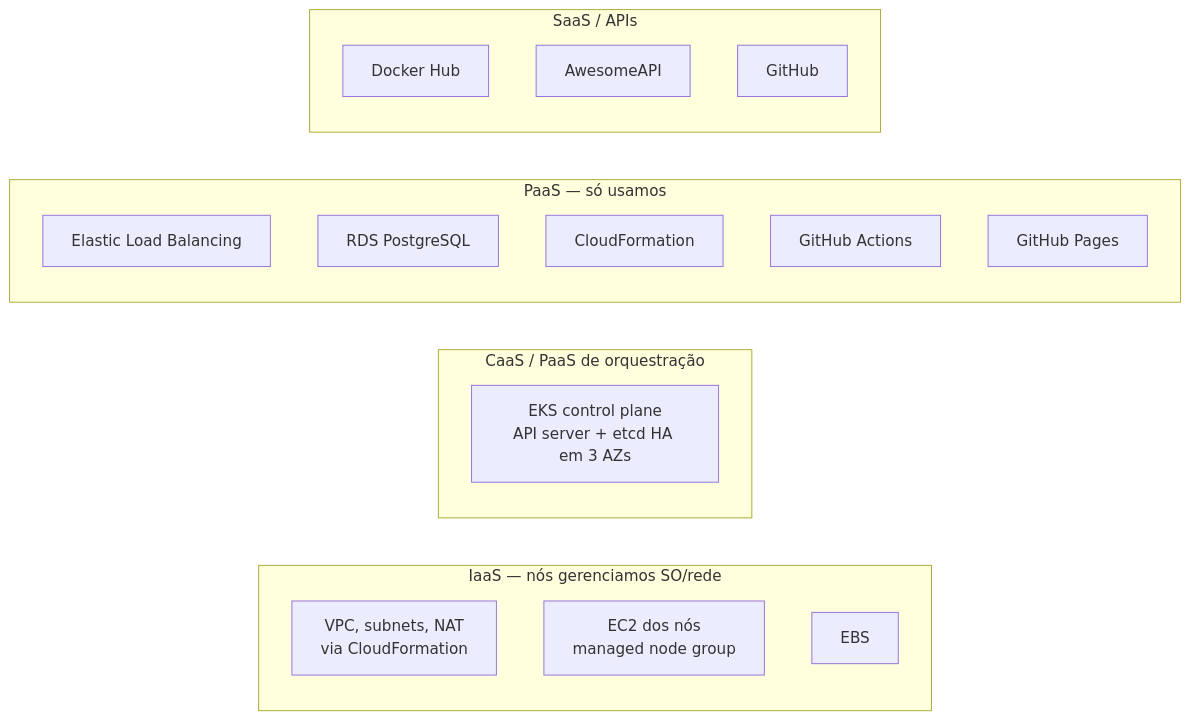
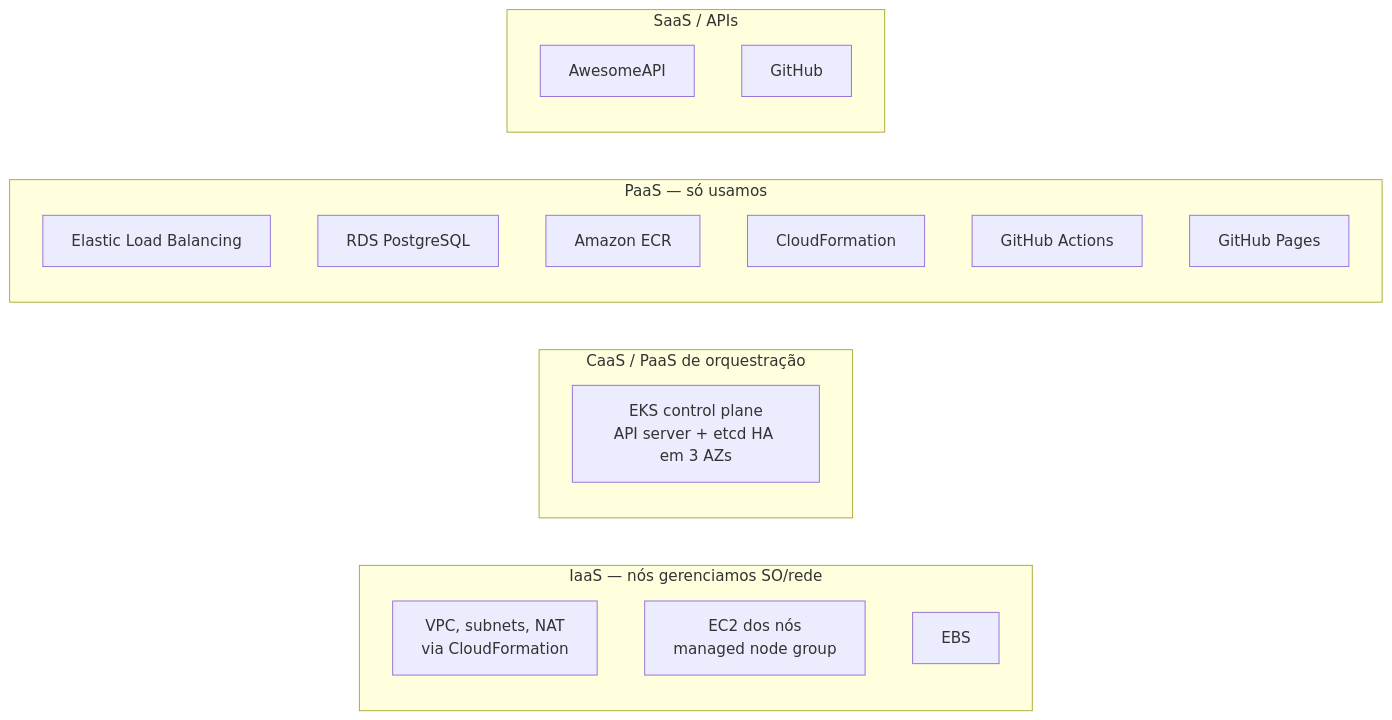
The second of 2 diagrams in docs/projeto/custos.md (EuMiguelll/Projeto-PMA), drawn with Mermaid before and after one commit. The commit also changed other lines of this file and 23 other files, not shown here.

````diff
--- a/docs/projeto/custos.md
+++ b/docs/projeto/custos.md
@@ -127,23 +166,23 @@
 ```mermaid
 flowchart LR
     subgraph iaas [IaaS — nós gerenciamos SO/rede]
         vpc[VPC, subnets, NAT<br/>via CloudFormation]
         ec2[EC2 dos nós<br/>managed node group]
         ebs[EBS]
     end
     subgraph caas [CaaS / PaaS de orquestração]
         eks[EKS control plane<br/>API server + etcd HA em 3 AZs]
     end
     subgraph paas [PaaS — só usamos]
         elb[Elastic Load Balancing]
         rds[RDS PostgreSQL]
+        ecr[Amazon ECR]
         cf[CloudFormation]
         gha[GitHub Actions]
         pages[GitHub Pages]
     end
     subgraph saas [SaaS / APIs]
-        hub[Docker Hub]
         awesome[AwesomeAPI]
         gh[GitHub]
     end
 ```
````
